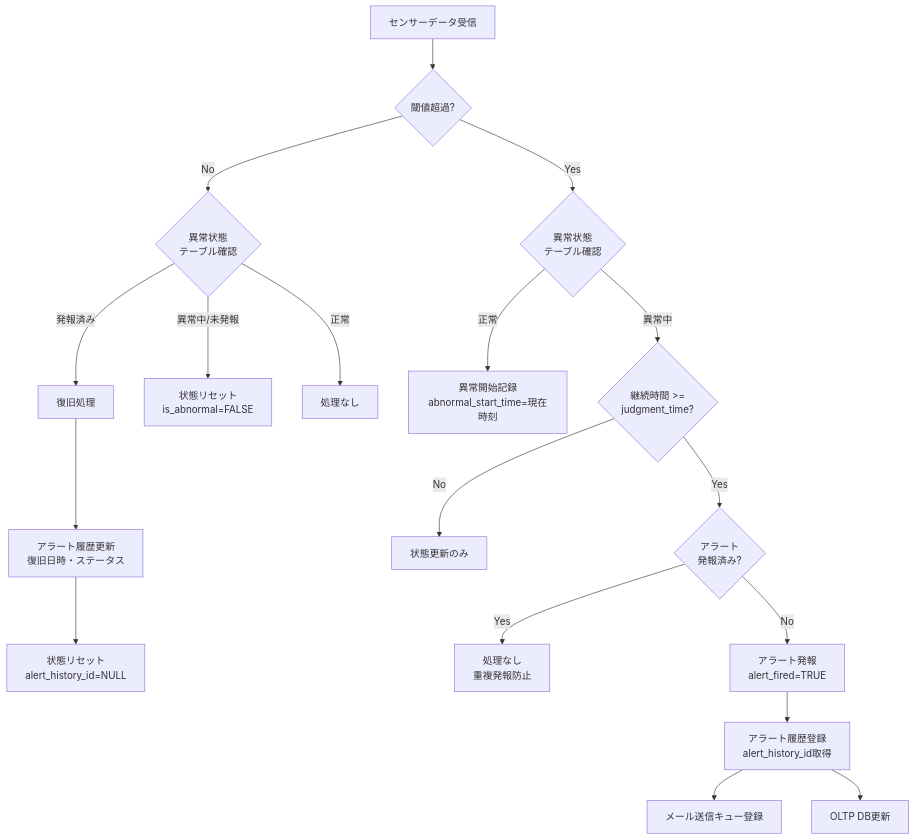
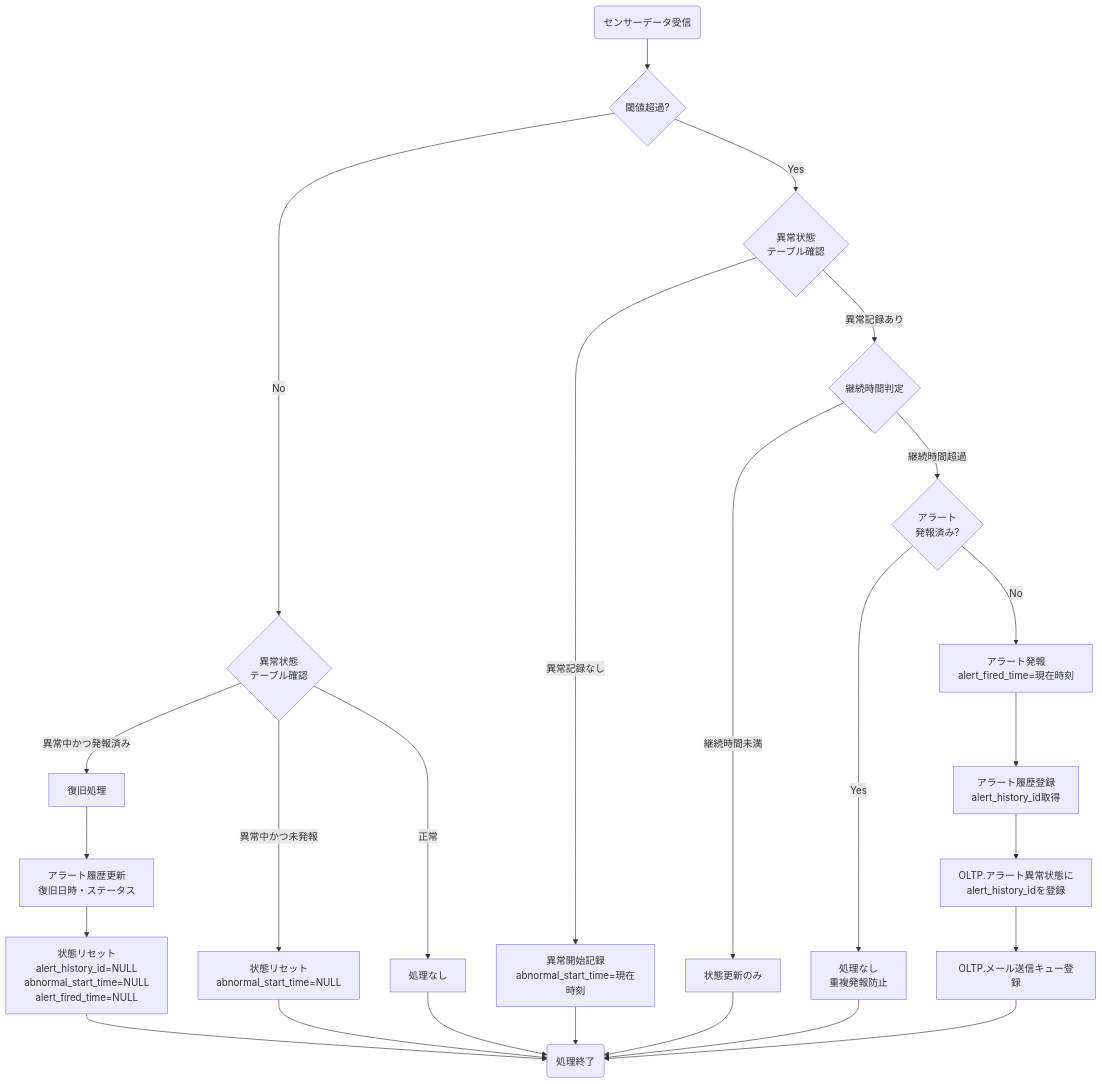
Before and after one commit to NSW-SVCP-AIWG002/Databricks-IoT: the second of 2 diagrams in docs/03-features/ldp-pipeline/silver-layer/ldp-pipeline-specification.md, drawn with Mermaid. The commit also changed other lines of this file and 89 other files, not shown here.

````diff
--- a/docs/03-features/ldp-pipeline/silver-layer/ldp-pipeline-specification.md
+++ b/docs/03-features/ldp-pipeline/silver-layer/ldp-pipeline-specification.md
@@ -469,26 +912,35 @@
 ```mermaid
 flowchart TD
-    Sensor[センサーデータ受信] --> Threshold{閾値超過?}
+    Sensor(センサーデータ受信) --> Threshold{閾値超過?}
 
     Threshold -->|No| CheckState1{異常状態<br>テーブル確認}
-    CheckState1 -->|発報済み| RecoveryProcess[復旧処理]
-    CheckState1 -->|異常中/未発報| ResetState[状態リセット<br>is_abnormal=FALSE]
+    CheckState1 -->|異常中かつ発報済み| RecoveryProcess[復旧処理]
+    CheckState1 -->|異常中かつ未発報| ResetState[状態リセット<br>abnormal_start_time=NULL]
     CheckState1 -->|正常| NoAction1[処理なし]
 
     RecoveryProcess --> UpdateHistory[アラート履歴更新<br>復旧日時・ステータス]
-    UpdateHistory --> ResetStateWithHistory[状態リセット<br>alert_history_id=NULL]
+    UpdateHistory --> ResetStateWithHistory[状態リセット<br>alert_history_id=NULL<br>abnormal_start_time=NULL<br>alert_fired_time=NULL]
 
     Threshold -->|Yes| CheckState2{異常状態<br>テーブル確認}
-    CheckState2 -->|正常| StartAbnormal[異常開始記録<br>abnormal_start_time=現在時刻]
-    CheckState2 -->|異常中| CheckDuration{継続時間 >=<br>judgment_time?}
+    CheckState2 -->|異常記録なし| StartAbnormal[異常開始記録<br>abnormal_start_time=現在時刻]
+    CheckState2 -->|異常記録あり| CheckDuration{継続時間判定}
 
-    CheckDuration -->|No| UpdateState[状態更新のみ]
-    CheckDuration -->|Yes| CheckFired{アラート<br>発報済み?}
+    CheckDuration -->|継続時間未満| UpdateState[状態更新のみ]
+    CheckDuration -->|継続時間超過| CheckFired{アラート<br>発報済み?}
 
     CheckFired -->|Yes| NoAction2[処理なし<br>重複発報防止]
-    CheckFired -->|No| FireAlert[アラート発報<br>alert_fired=TRUE]
+    CheckFired -->|No| FireAlert[アラート発報<br>alert_fired_time=現在時刻]
 
     FireAlert --> InsertHistory[アラート履歴登録<br>alert_history_id取得]
-    InsertHistory --> Queue[メール送信キュー登録]
-    InsertHistory --> UpdateOLTP[OLTP DB更新]
+    InsertHistory --> UpdateOLTP[OLTP.アラート異常状態に<br>alert_history_idを登録]
+    UpdateOLTP --> Queue[OLTP.メール送信キュー登録]
+
+    ResetStateWithHistory　--> End(処理終了)
+    ResetState --> End
+    NoAction1 --> End
+    StartAbnormal --> End
+    UpdateState --> End
+    NoAction2 --> End
+    Queue --> End
+
 ```
````
